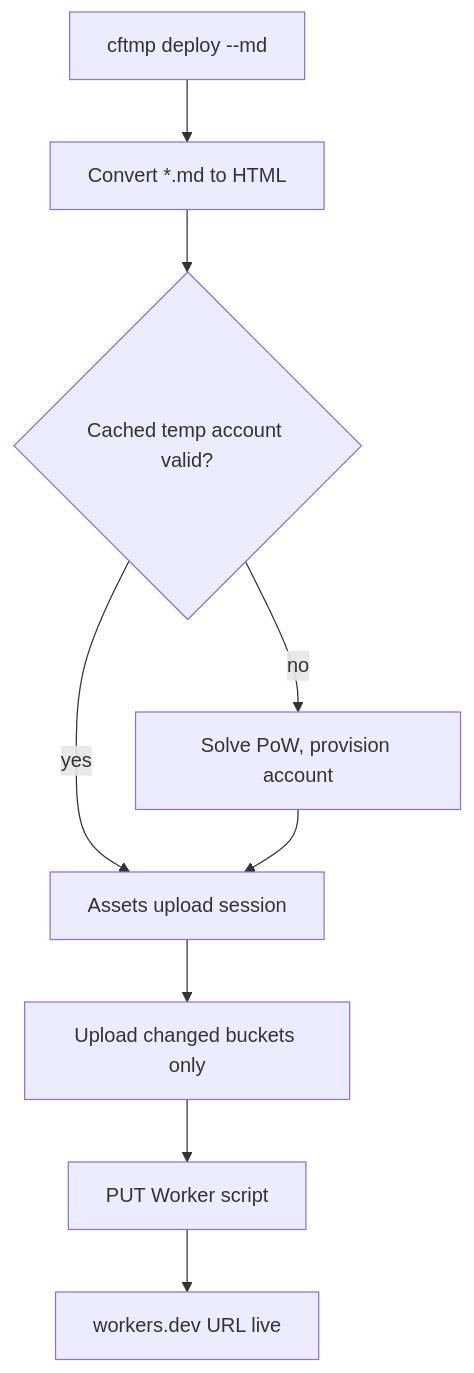
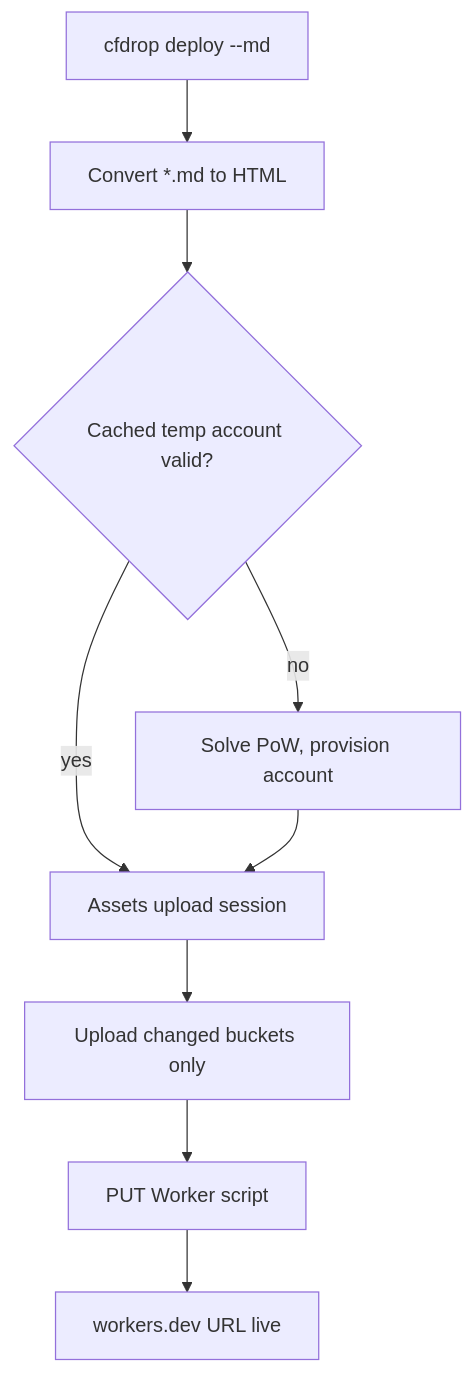
The first of 2 diagrams in examples/md-sample/architecture.md (oablab/cfdrop), drawn with Mermaid before and after one commit. The commit also changed 13 other files, not shown here.

First line of the commit message:
rename: cftmp → cfdrop (v0.5.0)

````diff
--- a/examples/md-sample/architecture.md
+++ b/examples/md-sample/architecture.md
@@ -5,11 +5,11 @@
 ```mermaid
 graph TD
-  A[cftmp deploy --md] --> B[Convert *.md to HTML]
+  A[cfdrop deploy --md] --> B[Convert *.md to HTML]
   B --> C{Cached temp account valid?}
   C -- yes --> E[Assets upload session]
   C -- no --> D[Solve PoW, provision account]
   D --> E
   E --> F[Upload changed buckets only]
   F --> G[PUT Worker script]
   G --> H[workers.dev URL live]
 ```
````
